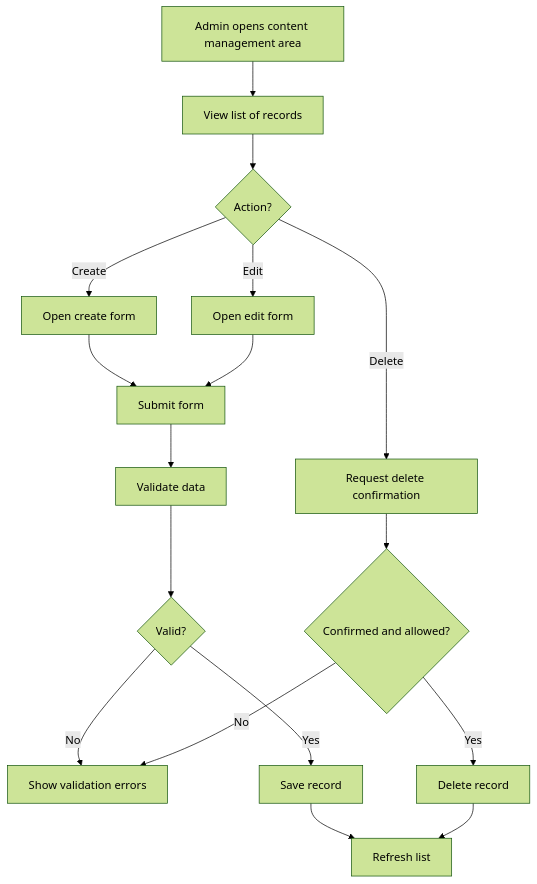
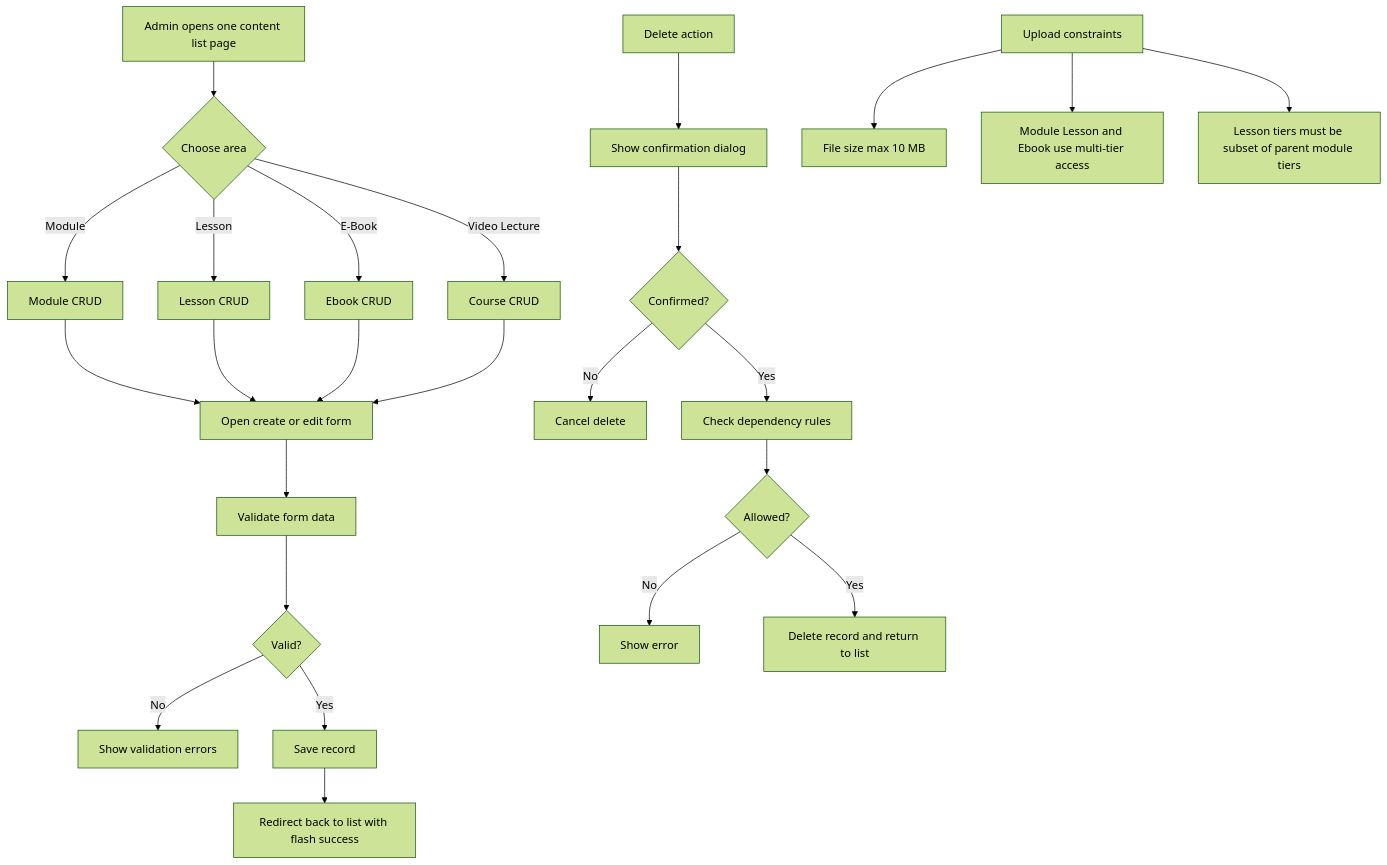
Before and after one commit to weslyambaritaa/YogaFX-Learning-Management-System-Web: the diagram in docs/mermaid/content-management-flow.mmd, drawn with Mermaid (forest theme). The commit also changed 44 other files, not shown here.

Commit message:
docs: refresh project documentation, flows, and diagrams as source of truth

```diff
--- a/docs/mermaid/content-management-flow.mmd
+++ b/docs/mermaid/content-management-flow.mmd
@@ -1,17 +1,29 @@
 flowchart TD
-    A[Admin opens content management area] --> B[View list of records]
-    B --> C{Action?}
-    C -->|Create| D[Open create form]
-    C -->|Edit| E[Open edit form]
-    C -->|Delete| F[Request delete confirmation]
-    D --> G[Submit form]
+    A[Admin opens one content list page] --> B{Choose area}
+    B -->|Module| C[Module CRUD]
+    B -->|Lesson| D[Lesson CRUD]
+    B -->|E-Book| E[Ebook CRUD]
+    B -->|Video Lecture| F[Course CRUD]
+
+    C --> G[Open create or edit form]
+    D --> G
     E --> G
-    G --> H[Validate data]
+    F --> G
+
+    G --> H[Validate form data]
     H --> I{Valid?}
     I -->|No| J[Show validation errors]
     I -->|Yes| K[Save record]
-    F --> L{Confirmed and allowed?}
-    L -->|No| J
-    L -->|Yes| M[Delete record]
-    K --> N[Refresh list]
-    M --> N
+    K --> L[Redirect back to list with flash success]
+
+    M[Delete action] --> N[Show confirmation dialog]
+    N --> O{Confirmed?}
+    O -->|No| P[Cancel delete]
+    O -->|Yes| Q[Check dependency rules]
+    Q --> R{Allowed?}
+    R -->|No| S[Show error]
+    R -->|Yes| T[Delete record and return to list]
+
+    U[Upload constraints] --> V[File size max 10 MB]
+    U --> W[Module Lesson and Ebook use multi-tier access]
+    U --> X[Lesson tiers must be subset of parent module tiers]
```
